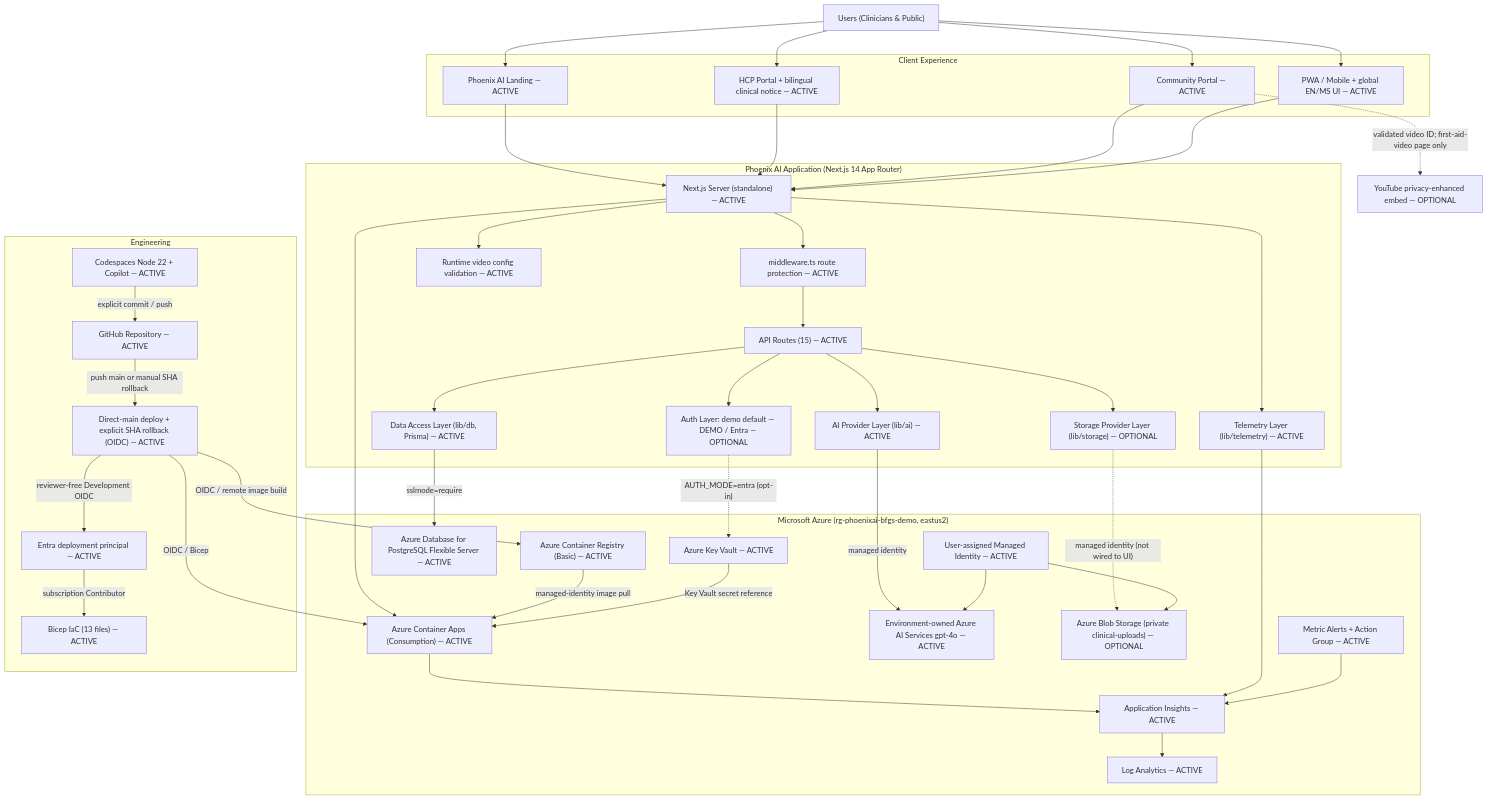
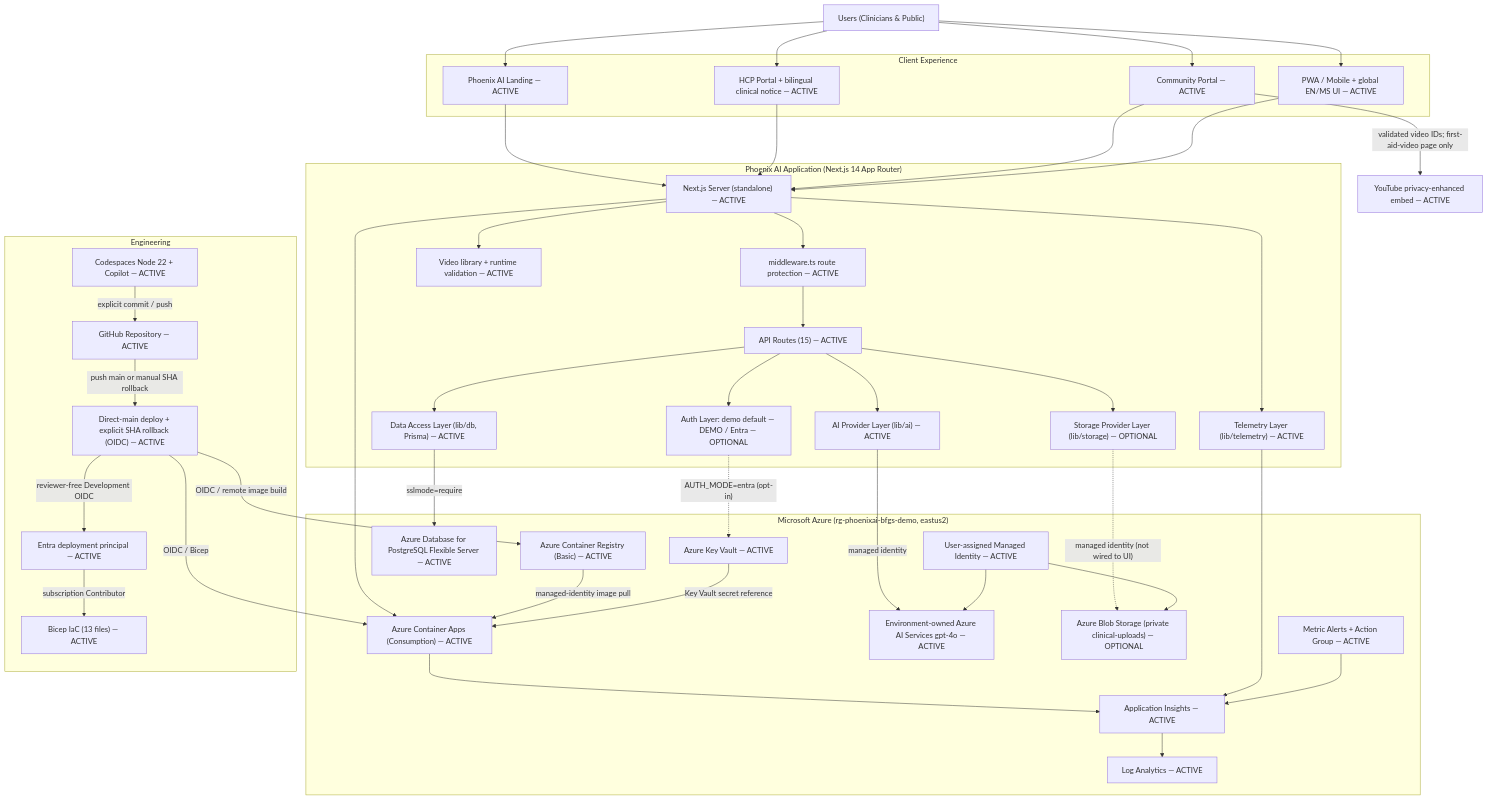
Before and after one commit to polyfuze4336-bot/phoenix-ai-azure: the diagram in docs/architecture/current-architecture.md, drawn with Mermaid. The commit also changed other lines of this file and 22 other files, not shown here.

Commit message:
feat: add community first aid video library

```diff
--- a/docs/architecture/current-architecture.md
+++ b/docs/architecture/current-architecture.md
@@ -71,11 +71,11 @@
         AIProvider["AI Provider Layer (lib/ai) — ACTIVE"]
         Data["Data Access Layer (lib/db, Prisma) — ACTIVE"]
         Storage["Storage Provider Layer (lib/storage) — OPTIONAL"]
-        RuntimeConfig["Runtime video config validation — ACTIVE"]
+        RuntimeConfig["Video library + runtime validation — ACTIVE"]
         Telemetry["Telemetry Layer (lib/telemetry) — ACTIVE"]
     end
 
-    YouTube["YouTube privacy-enhanced embed — OPTIONAL"]
+    YouTube["YouTube privacy-enhanced embed — ACTIVE"]
 
     subgraph AZURE["Microsoft Azure (rg-phoenixai-bfgs-demo, eastus2)"]
         ContainerApp["Azure Container Apps (Consumption) — ACTIVE"]
@@ -106,7 +106,7 @@
     Landing --> Next
     HCP --> Next
     Community --> Next
-    Community -.->|"validated video ID; first-aid-video page only"| YouTube
+    Community -->|"validated video IDs; first-aid-video page only"| YouTube
     PWA --> Next
 
     Next --> MW
```
